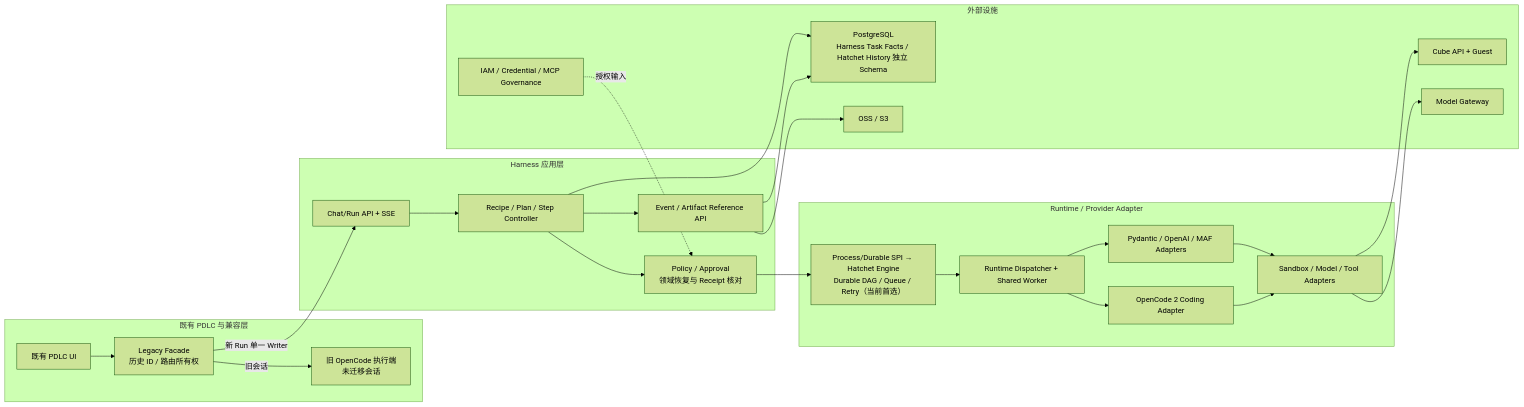
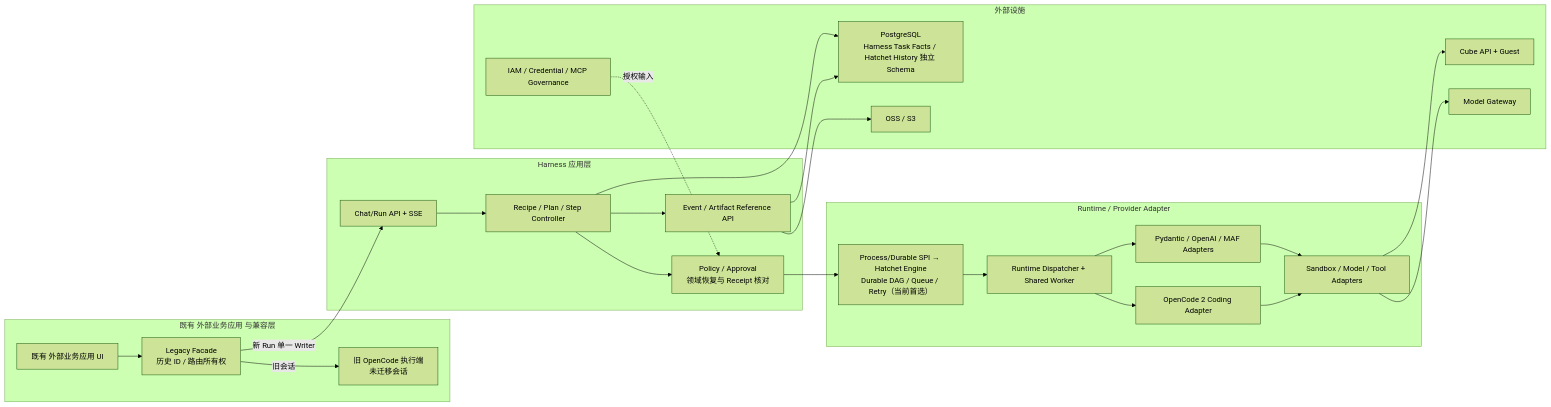
One commit to Bulls1986/Agent-Harness-Platform changed the fifth of 11 diagrams in README.md. Above: the diagram before and after it, drawn with Mermaid (forest theme). The commit also changed other lines of this file and 50 other files, not shown here.

````diff
--- a/README.md
+++ b/README.md
@@ -271,40 +271,40 @@
 ```mermaid
 flowchart LR
-  subgraph LEG["既有 PDLC 与兼容层"]
-    UI["既有 PDLC UI"]
+  subgraph LEG["既有 外部业务应用 与兼容层"]
+    UI["既有 外部业务应用 UI"]
     F["Legacy Facade\n历史 ID / 路由所有权"]
     OLD["旧 OpenCode 执行端\n未迁移会话"]
   end
   subgraph APP["Harness 应用层"]
     API["Chat/Run API + SSE"]
     RUN["Recipe / Plan / Step Controller"]
     SAFE["Policy / Approval\n领域恢复与 Receipt 核对"]
     EVT["Event / Artifact Reference API"]
   end
   subgraph AD["Runtime / Provider Adapter"]
     DISP["Runtime Dispatcher + Shared Worker"]
     SDK["Pydantic / OpenAI / MAF Adapters"]
     OC["OpenCode 2 Coding Adapter"]
     PVD["Sandbox / Model / Tool Adapters"]
     DUR["Process/Durable SPI → Hatchet Engine\nDurable DAG / Queue / Retry（当前首选）"]
   end
   subgraph INF["外部设施"]
     CUBE["Cube API + Guest"]
     PG["PostgreSQL\nHarness Task Facts / Hatchet History 独立 Schema"]
     OSS["OSS / S3"]
     MODEL["Model Gateway"]
     IAM["IAM / Credential / MCP Governance"]
   end
   UI --> F
   F -->|"旧会话"| OLD
   F -->|"新 Run 单一 Writer"| API
   API --> RUN --> SAFE
   RUN --> EVT
   SAFE --> DUR --> DISP
   DISP --> SDK & OC
   SDK & OC --> PVD
   PVD --> CUBE & MODEL
   RUN --> PG
   EVT --> PG & OSS
   IAM -. "授权输入" .-> SAFE
 ```
````
